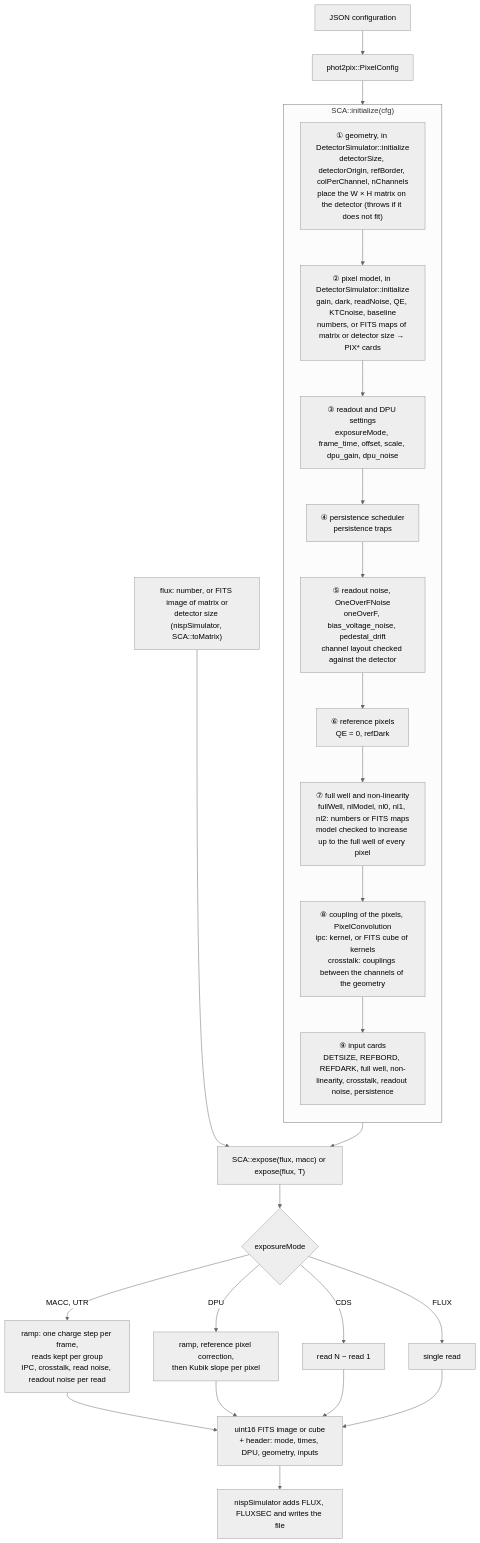
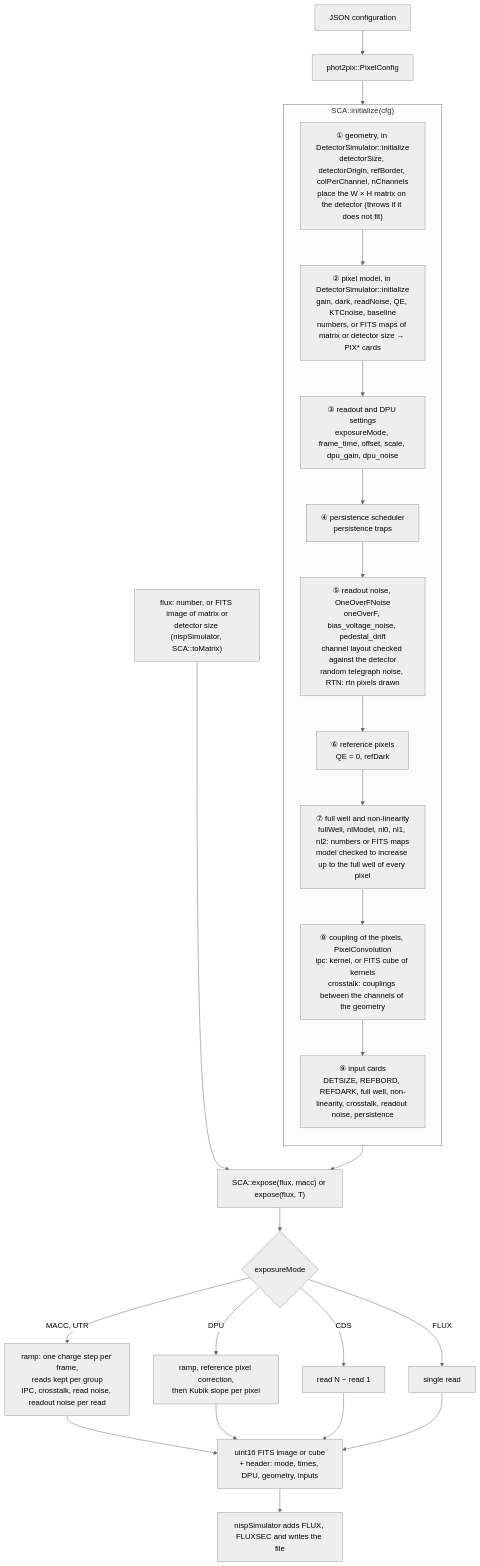
The second of 4 diagrams in wiki/NISP-example.md (Pulsar2011/phot2pix), drawn with Mermaid (neutral theme) before and after one commit. The commit also changed other lines of this file and 9 other files, not shown here.

````diff
--- a/wiki/NISP-example.md
+++ b/wiki/NISP-example.md
@@ -86,34 +87,34 @@
 ```mermaid
 flowchart TD
     JSON["JSON configuration"] --> CFG["phot2pix::PixelConfig"]
 
     subgraph INIT ["SCA::initialize(cfg)"]
         direction TB
         I1["① geometry, in DetectorSimulator::initialize<br/>detectorSize, detectorOrigin, refBorder, colPerChannel, nChannels<br/>place the W × H matrix on the detector (throws if it does not fit)"]
         I2["② pixel model, in DetectorSimulator::initialize<br/>gain, dark, readNoise, QE, KTCnoise, baseline<br/>numbers, or FITS maps of matrix or detector size → PIX* cards"]
         I3["③ readout and DPU settings<br/>exposureMode, frame_time, offset, scale, dpu_gain, dpu_noise"]
         I4["④ persistence scheduler<br/>persistence traps"]
-        I5["⑤ readout noise, OneOverFNoise<br/>oneOverF, bias_voltage_noise, pedestal_drift<br/>channel layout checked against the detector"]
+        I5["⑤ readout noise, OneOverFNoise<br/>oneOverF, bias_voltage_noise, pedestal_drift<br/>channel layout checked against the detector<br/>random telegraph noise, RTN: rtn pixels drawn"]
         I6["⑥ reference pixels<br/>QE = 0, refDark"]
         I7["⑦ full well and non-linearity<br/>fullWell, nlModel, nl0, nl1, nl2: numbers or FITS maps<br/>model checked to increase up to the full well of every pixel"]
         I8["⑧ coupling of the pixels, PixelConvolution<br/>ipc: kernel, or FITS cube of kernels<br/>crosstalk: couplings between the channels of the geometry"]
         I9["⑨ input cards<br/>DETSIZE, REFBORD, REFDARK, full well, non-linearity, crosstalk, readout noise, persistence"]
         I1 --> I2 --> I3 --> I4 --> I5 --> I6 --> I7 --> I8 --> I9
     end
 
     CFG --> INIT
     FLUX["flux: number, or FITS image of matrix or<br/>detector size (nispSimulator, SCA::toMatrix)"] --> EXP
     INIT --> EXP["SCA::expose(flux, macc) or expose(flux, T)"]
 
     EXP --> MODE{"exposureMode"}
     MODE -->|"MACC, UTR"| RAMP["ramp: one charge step per frame,<br/>reads kept per group<br/>IPC, crosstalk, read noise, readout noise per read"]
     MODE -->|"DPU"| RAMP2["ramp, reference pixel correction,<br/>then Kubik slope per pixel"]
     MODE -->|"CDS"| CDS["read N − read 1"]
     MODE -->|"FLUX"| ONE["single read"]
 
     RAMP --> OUT["uint16 FITS image or cube<br/>+ header: mode, times, DPU, geometry, inputs"]
     RAMP2 --> OUT
     CDS --> OUT
     ONE --> OUT
     OUT --> TOOL["nispSimulator adds FLUX, FLUXSEC and writes the file"]
 ```
````
